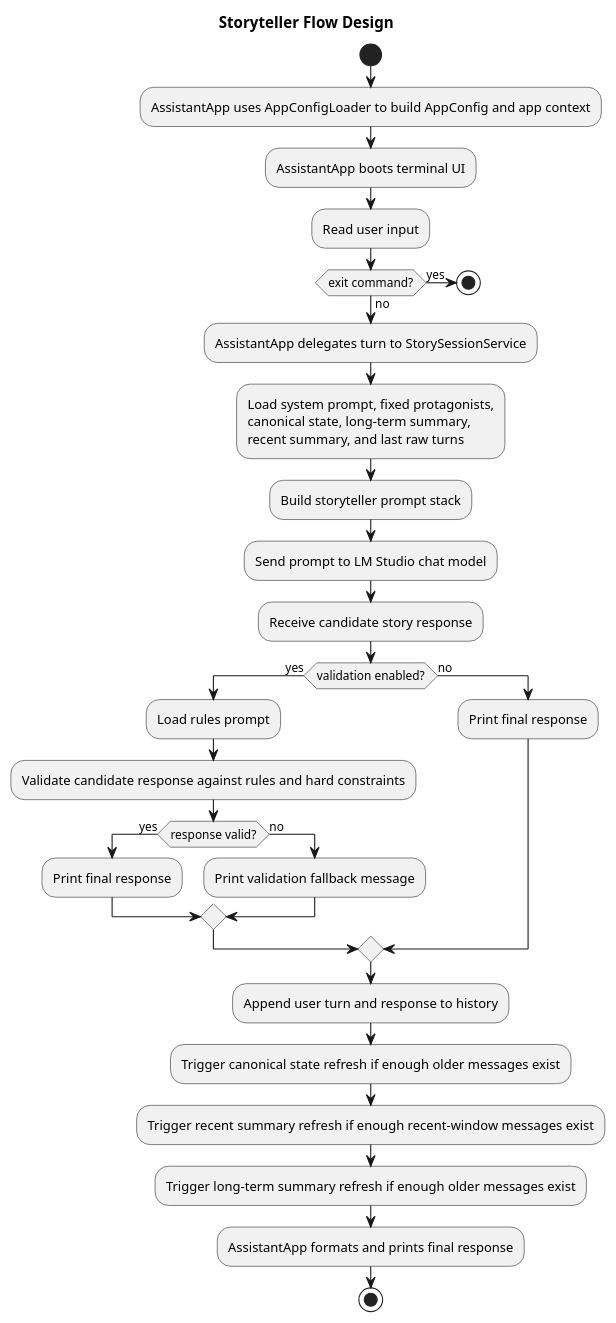
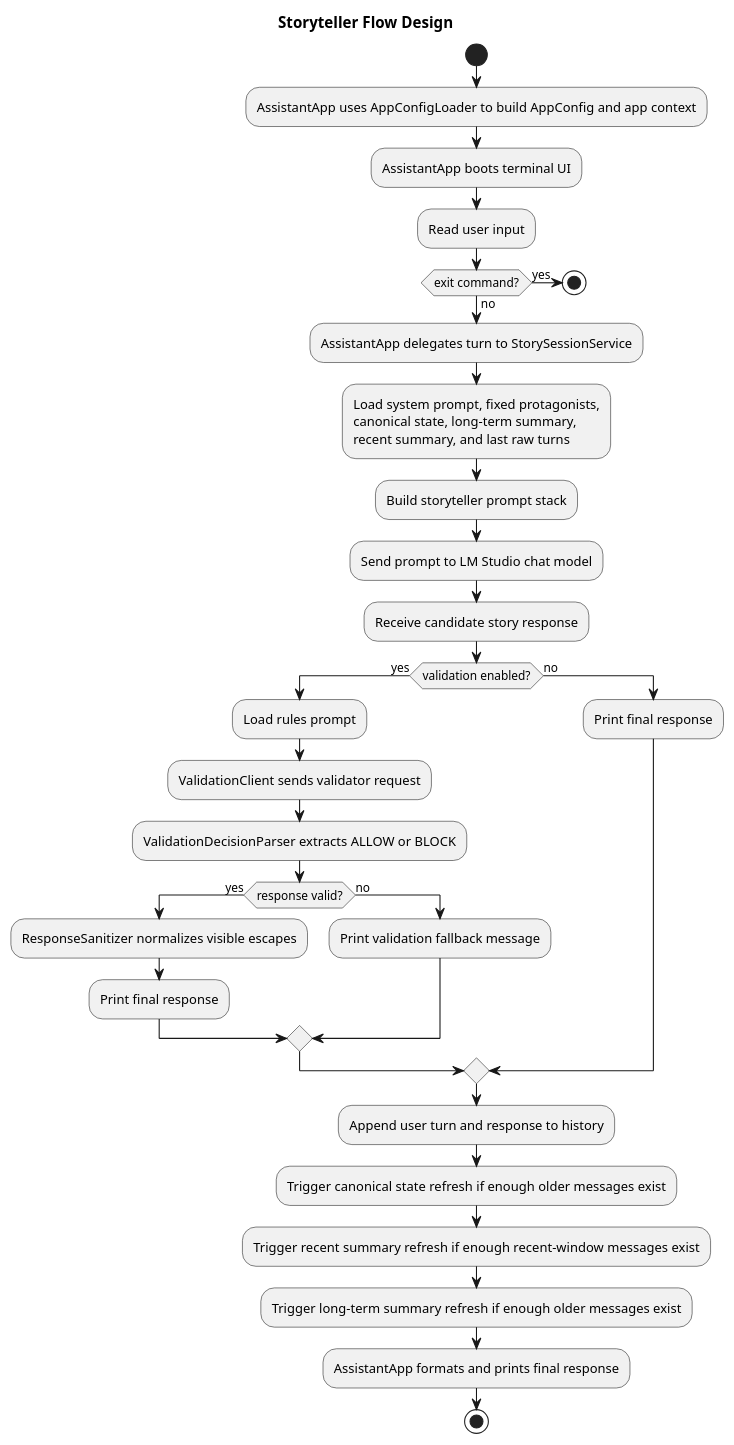
The diagram in docs/architecture/02-storyteller-flow-design.puml (jbrugman/Assistant), drawn with PlantUML before and after one commit. The commit also changed 7 other files, not shown here.

```diff
--- a/docs/architecture/02-storyteller-flow-design.puml
+++ b/docs/architecture/02-storyteller-flow-design.puml
@@ -1,63 +1,67 @@
 @startuml
 title Storyteller Flow Design
 
 start
 
 :AssistantApp uses AppConfigLoader to build AppConfig and app context;
 
 :AssistantApp boots terminal UI;
 
 :Read user input;
 
 if (exit command?) then (yes)
 
   stop
 
 else (no)
 
   :AssistantApp delegates turn to StorySessionService;
 
   :Load system prompt, fixed protagonists,\ncanonical state, long-term summary,\nrecent summary, and last raw turns;
 
   :Build storyteller prompt stack;
 
   :Send prompt to LM Studio chat model;
 
   :Receive candidate story response;
 
   if (validation enabled?) then (yes)
 
     :Load rules prompt;
 
-    :Validate candidate response against rules and hard constraints;
+    :ValidationClient sends validator request;
+
+    :ValidationDecisionParser extracts ALLOW or BLOCK;
 
     if (response valid?) then (yes)
+
+      :ResponseSanitizer normalizes visible escapes;
 
       :Print final response;
 
     else (no)
 
       :Print validation fallback message;
 
     endif
 
   else (no)
 
     :Print final response;
 
   endif
 
   :Append user turn and response to history;
 
   :Trigger canonical state refresh if enough older messages exist;
 
   :Trigger recent summary refresh if enough recent-window messages exist;
 
   :Trigger long-term summary refresh if enough older messages exist;
 
   :AssistantApp formats and prints final response;
 
 endif
 
 stop
 @enduml
```
